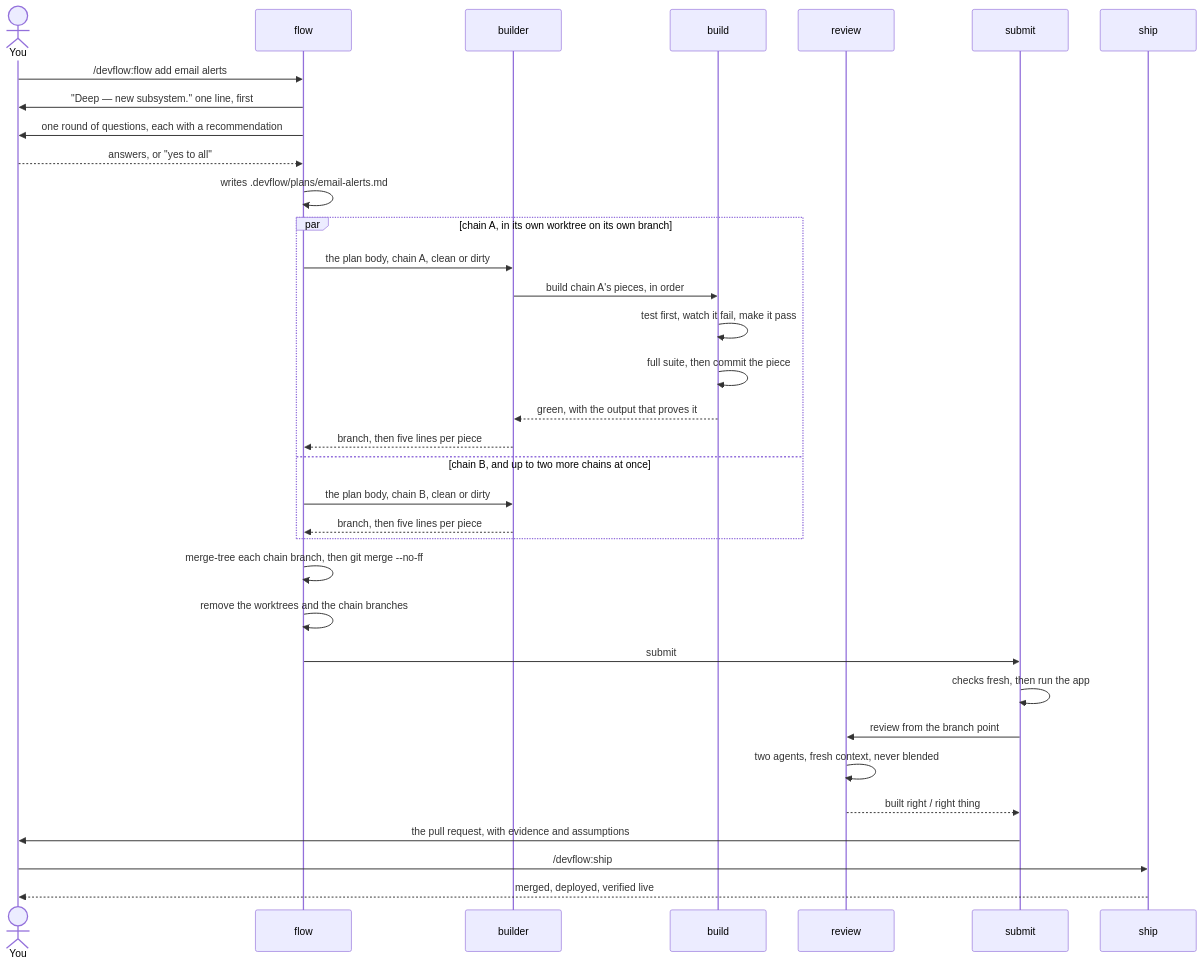
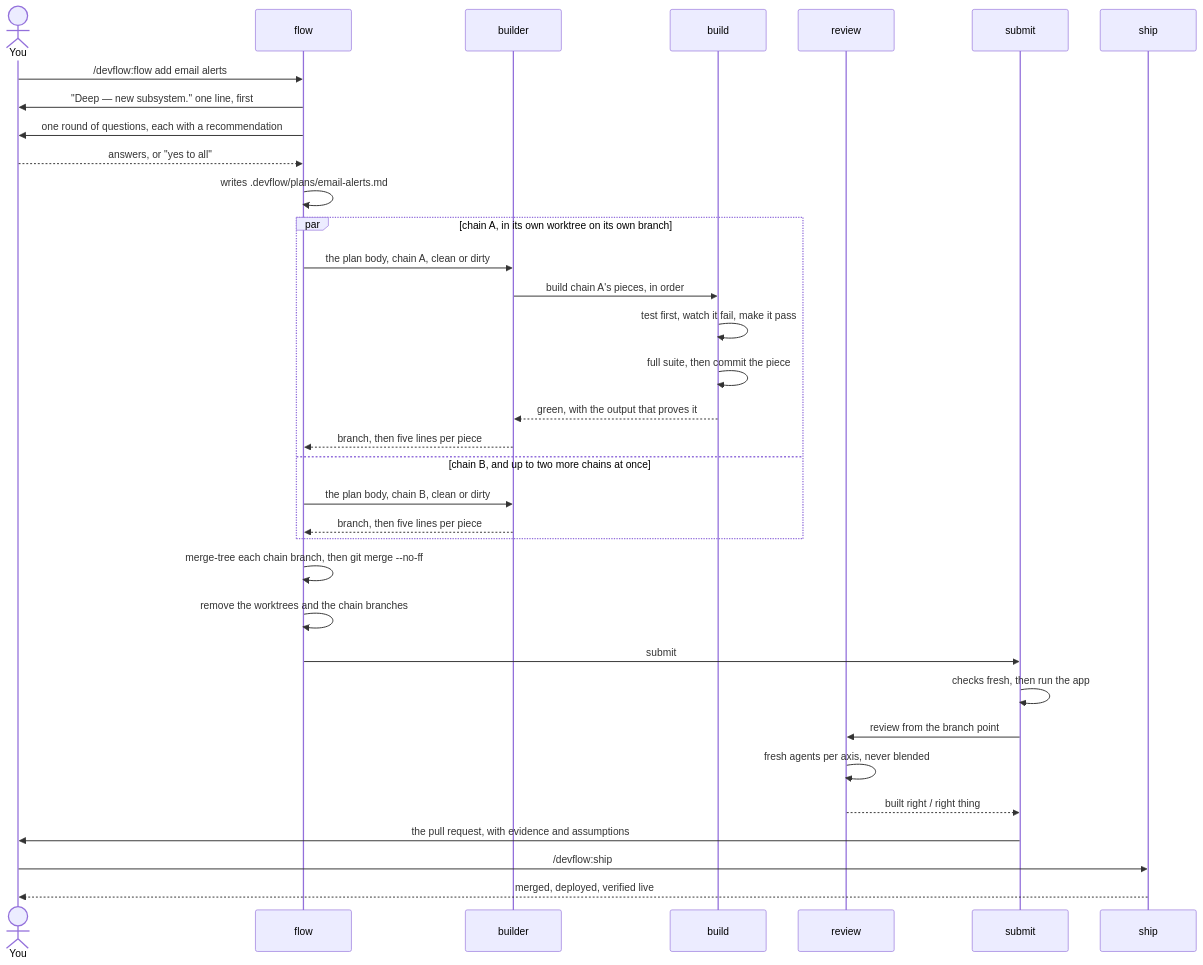
Before and after one commit to eddiechok/agent-devflow: the second of 2 diagrams in docs/pipeline.md, drawn with Mermaid. The commit also changed other lines of this file and 12 other files, not shown here.

````diff
--- a/docs/pipeline.md
+++ b/docs/pipeline.md
@@ -86,39 +86,39 @@
 ```mermaid
 sequenceDiagram
     actor You
     participant flow
     participant builder
     participant build
     participant review
     participant submit
     participant ship
 
     You->>flow: /devflow:flow add email alerts
     flow->>You: "Deep — new subsystem." one line, first
     flow->>You: one round of questions, each with a recommendation
     You-->>flow: answers, or "yes to all"
     flow->>flow: writes .devflow/plans/email-alerts.md
 
     par chain A, in its own worktree on its own branch
         flow->>builder: the plan body, chain A, clean or dirty
         builder->>build: build chain A's pieces, in order
         build->>build: test first, watch it fail, make it pass
         build->>build: full suite, then commit the piece
         build-->>builder: green, with the output that proves it
         builder-->>flow: branch, then five lines per piece
     and chain B, and up to two more chains at once
         flow->>builder: the plan body, chain B, clean or dirty
         builder-->>flow: branch, then five lines per piece
     end
 
     flow->>flow: merge-tree each chain branch, then git merge --no-ff
     flow->>flow: remove the worktrees and the chain branches
     flow->>submit: submit
     submit->>submit: checks fresh, then run the app
     submit->>review: review from the branch point
-    review->>review: two agents, fresh context, never blended
+    review->>review: fresh agents per axis, never blended
     review-->>submit: built right / right thing
     submit->>You: the pull request, with evidence and assumptions
     You->>ship: /devflow:ship
     ship-->>You: merged, deployed, verified live
 ```
````
